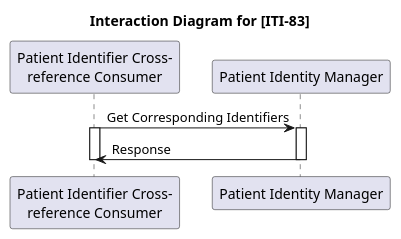
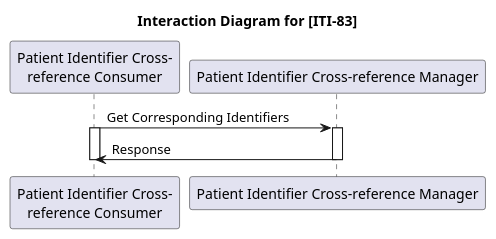
Before and after one commit to ehealthsuisse/ch-epr-fhir: the diagram in input/images-source/PMIR_ActorDiagram_ITI-83.plantuml, drawn with PlantUML. The commit also changed 22 other files, not shown here.

```diff
--- a/input/images-source/PMIR_ActorDiagram_ITI-83.plantuml
+++ b/input/images-source/PMIR_ActorDiagram_ITI-83.plantuml
@@ -1,16 +1,16 @@
 @startuml
 
 title Interaction Diagram for [ITI-83]
 
 participant consumer as "Patient Identifier Cross-\nreference Consumer"
-participant manager as "Patient Identity Manager"
+participant manager as "Patient Identifier Cross-reference Manager"
 
 consumer -> manager : Get Corresponding Identifiers
 activate consumer
 activate manager
 
 manager -> consumer: Response
 deactivate manager
 deactivate consumer
 
 @enduml 
```
